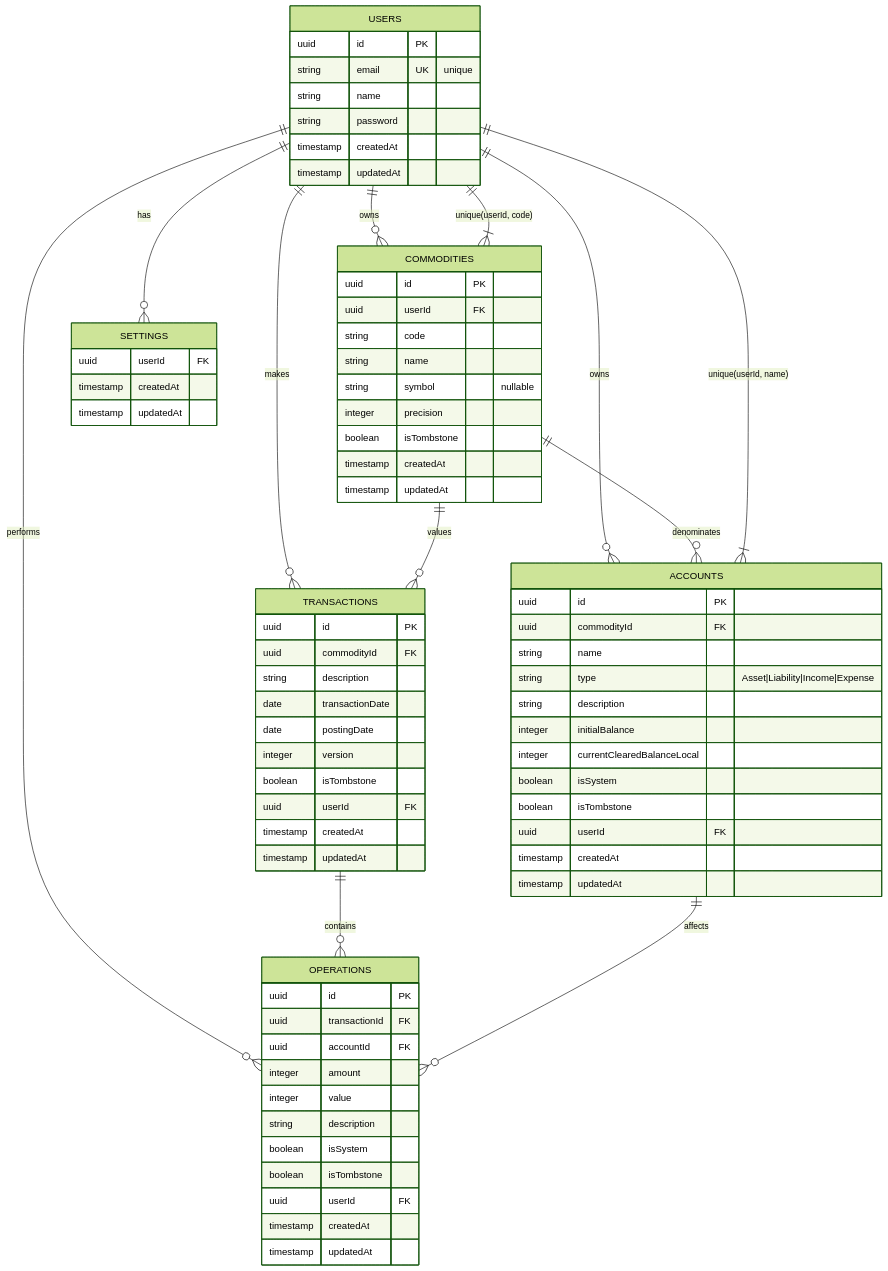
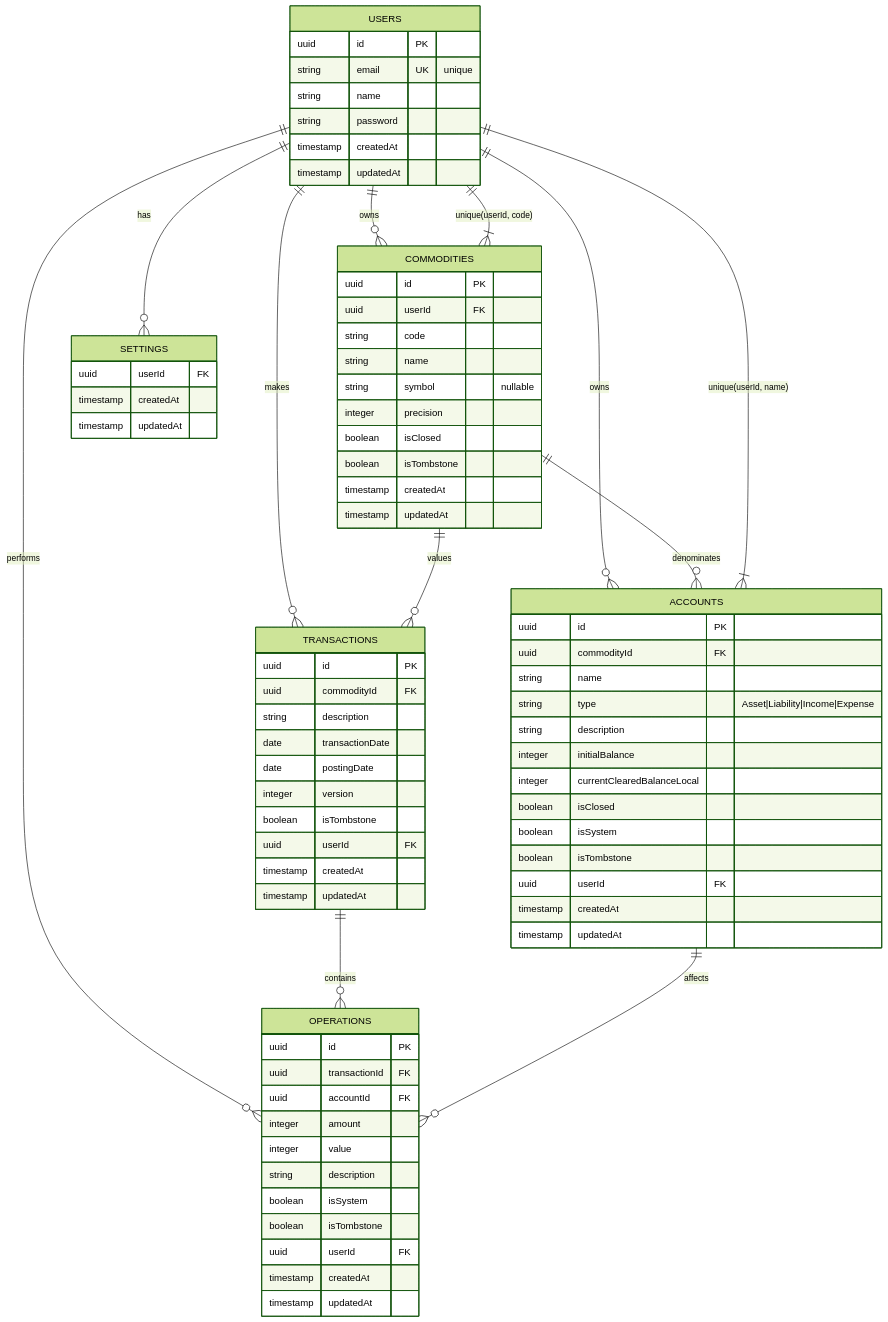
One commit to gorushkin/ledgerly changed the diagram in docs/DATABASE_SCHEMA.md. Above: the diagram before and after it, drawn with Mermaid (forest theme). The commit also changed other lines of this file and 19 other files, not shown here.

```diff
--- a/docs/DATABASE_SCHEMA.md
+++ b/docs/DATABASE_SCHEMA.md
@@ -36,6 +36,7 @@
         string name
         string symbol "nullable"
         integer precision
+        boolean isClosed
         boolean isTombstone
         timestamp createdAt
         timestamp updatedAt
@@ -49,6 +50,7 @@
         string description
         integer initialBalance
         integer currentClearedBalanceLocal
+        boolean isClosed
         boolean isSystem
         boolean isTombstone
         uuid userId FK
```
